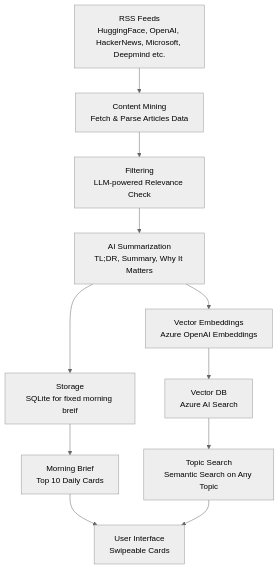
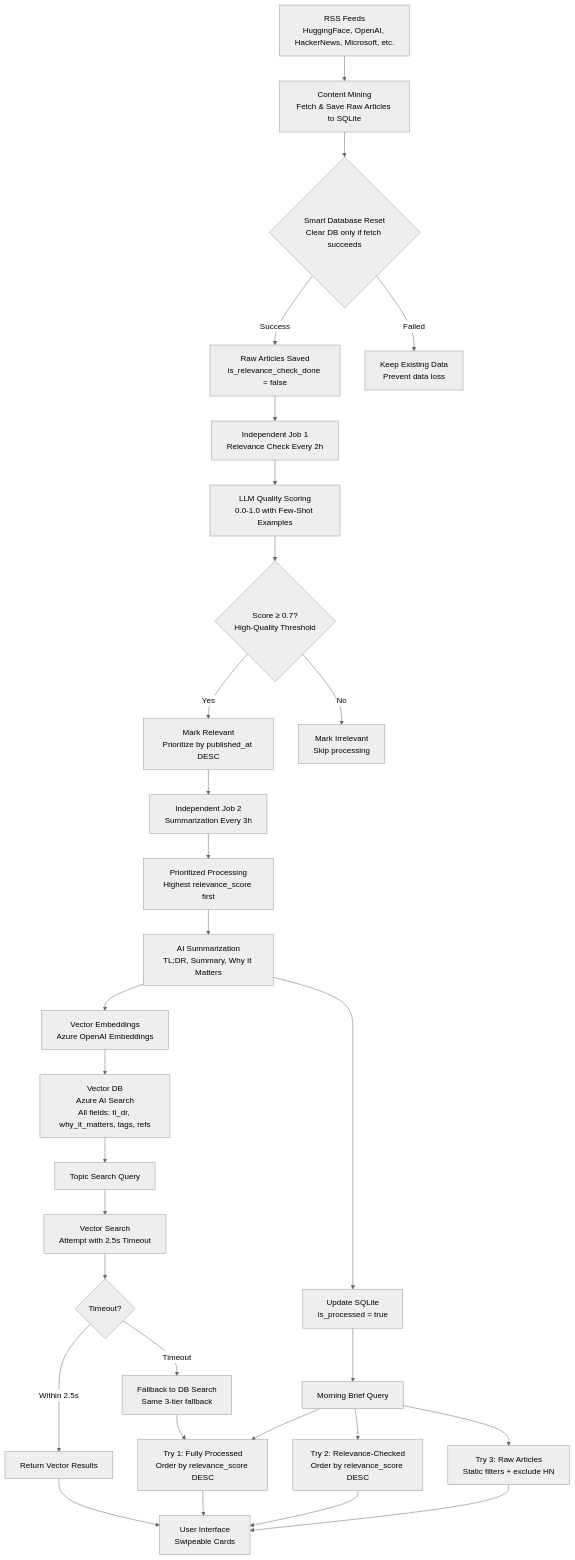
One commit to aayush1607/ai-flash-cards changed the diagram in README.md. Above: the diagram before and after it, drawn with Mermaid (neutral theme).

````diff
--- a/README.md
+++ b/README.md
@@ -22,13 +22,32 @@
 ```mermaid
 graph TD
-    A[RSS Feeds<br/>HuggingFace, OpenAI, HackerNews, Microsoft, Deepmind etc.] --> B[Content Mining<br/>Fetch & Parse Articles Data]
-    B --> C[Filtering<br/>LLM-powered Relevance Check]
-    C --> D[AI Summarization<br/>TL;DR, Summary, Why It Matters]
-    D --> E[Vector Embeddings<br/>Azure OpenAI Embeddings]
-    D --> F[Storage<br/>SQLite for fixed morning breif]
-    E --> G[Vector DB<br/>Azure AI Search]
-    F --> H[Morning Brief<br/>Top 10 Daily Cards]
-    G --> I[Topic Search<br/>Semantic Search on Any Topic]
-    H --> J[User Interface<br/>Swipeable Cards]
-    I --> J
+    A[RSS Feeds<br/>HuggingFace, OpenAI, HackerNews, Microsoft, etc.] --> B[Content Mining<br/>Fetch & Save Raw Articles to SQLite]
+    B --> C{Smart Database Reset<br/>Clear DB only if fetch succeeds}
+    C -->|Success| D[Raw Articles Saved<br/>is_relevance_check_done = false]
+    C -->|Failed| E[Keep Existing Data<br/>Prevent data loss]
+    D --> F[Independent Job 1<br/>Relevance Check Every 2h]
+    F --> G[LLM Quality Scoring<br/>0.0-1.0 with Few-Shot Examples]
+    G --> H{Score ≥ 0.7?<br/>High-Quality Threshold}
+    H -->|Yes| I[Mark Relevant<br/>Prioritize by published_at DESC]
+    H -->|No| J[Mark Irrelevant<br/>Skip processing]
+    I --> K[Independent Job 2<br/>Summarization Every 3h]
+    K --> L[Prioritized Processing<br/>Highest relevance_score first]
+    L --> M[AI Summarization<br/>TL;DR, Summary, Why It Matters]
+    M --> N[Vector Embeddings<br/>Azure OpenAI Embeddings]
+    M --> O[Update SQLite<br/>is_processed = true]
+    N --> P[Vector DB<br/>Azure AI Search<br/>All fields: tl_dr, why_it_matters, tags, refs]
+    O --> Q[Morning Brief Query]
+    P --> R[Topic Search Query]
+    Q --> S1[Try 1: Fully Processed<br/>Order by relevance_score DESC]
+    Q --> S2[Try 2: Relevance-Checked<br/>Order by relevance_score DESC]
+    Q --> S3[Try 3: Raw Articles<br/>Static filters + exclude HN]
+    S1 --> T[User Interface<br/>Swipeable Cards]
+    S2 --> T
+    S3 --> T
+    R --> U[Vector Search<br/>Attempt with 2.5s Timeout]
+    U --> V{Timeout?}
+    V -->|Within 2.5s| W[Return Vector Results]
+    V -->|Timeout| X[Fallback to DB Search<br/>Same 3-tier fallback]
+    W --> T
+    X --> S1
 ```
````
